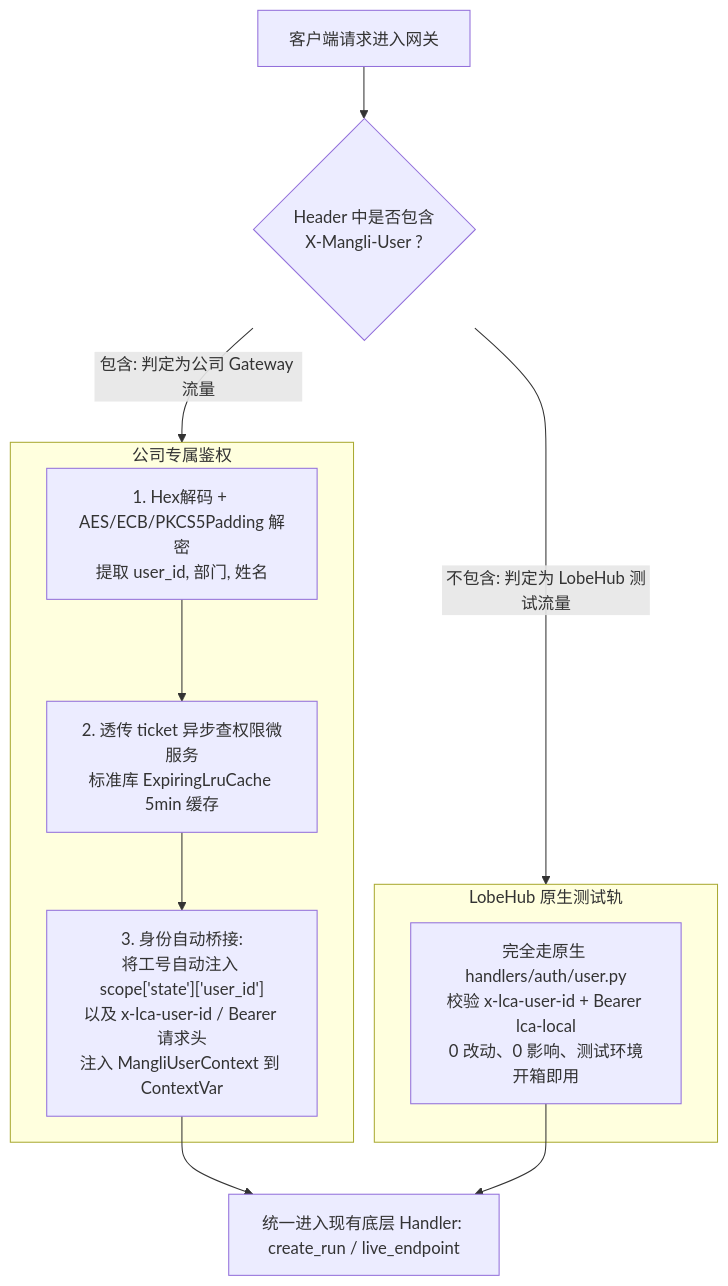
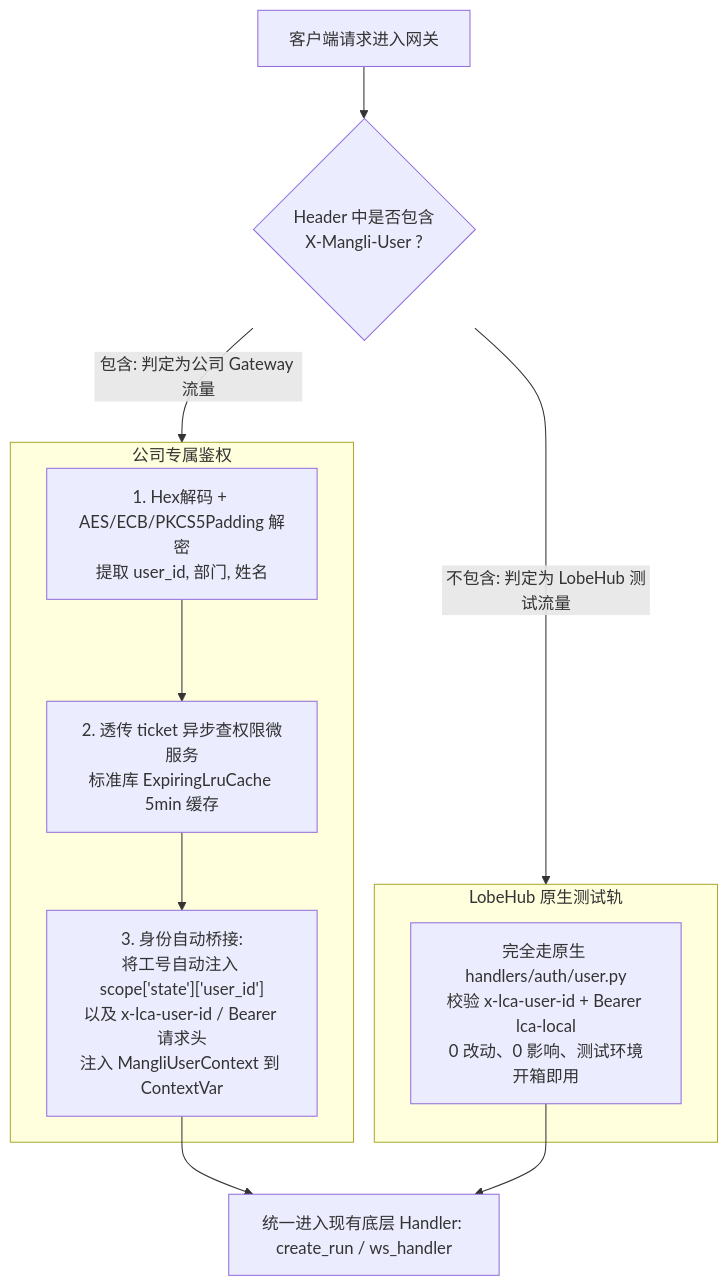
Before and after one commit to smartlijingyang-sudo/layered-cognitive-agent: the diagram in docs/plans/2026-11-16-mangli-enterprise-integration-design.md, drawn with Mermaid. The commit also changed other lines of this file and 2 other files, not shown here.

````diff
--- a/docs/plans/2026-11-16-mangli-enterprise-integration-design.md
+++ b/docs/plans/2026-11-16-mangli-enterprise-integration-design.md
@@ -33,21 +33,21 @@
 ```mermaid
 flowchart TD
     Req[客户端请求进入网关] --> CheckHeader{Header 中是否包含<br>X-Mangli-User ?}
     
     CheckHeader -->|包含: 判定为公司 Gateway 流量| MangliTrack[公司专属鉴权链路]
     CheckHeader -->|不包含: 判定为 LobeHub 测试流量| LobeHubTrack[LobeHub 原生鉴权链路]
 
     subgraph MangliTrack [公司专属鉴权]
         HexDec[1. Hex解码 + AES/ECB/PKCS5Padding 解密<br>提取 user_id, 部门, 姓名]
         PermFetch[2. 透传 ticket 异步查权限微服务<br>标准库 ExpiringLruCache 5min 缓存]
         ContextInject["3. 身份自动桥接:<br>将工号自动注入 scope['state']['user_id']<br>以及 x-lca-user-id / Bearer 请求头<br>注入 MangliUserContext 到 ContextVar"]
         HexDec --> PermFetch --> ContextInject
     end
 
     subgraph LobeHubTrack [LobeHub 原生测试轨]
         NativeAuth[完全走原生 handlers/auth/user.py<br>校验 x-lca-user-id + Bearer lca-local<br>0 改动、0 影响、测试环境开箱即用]
     end
 
-    ContextInject --> CoreHandler[统一进入现有底层 Handler: create_run / live_endpoint]
+    ContextInject --> CoreHandler[统一进入现有底层 Handler: create_run / ws_handler]
     NativeAuth --> CoreHandler
 ```
````
